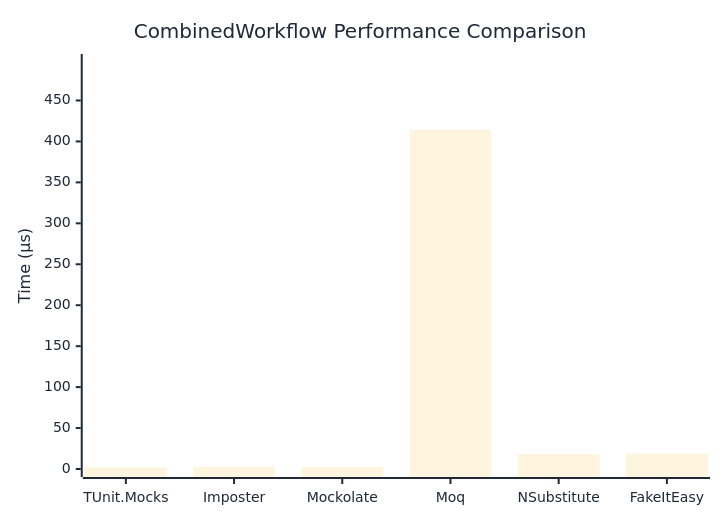
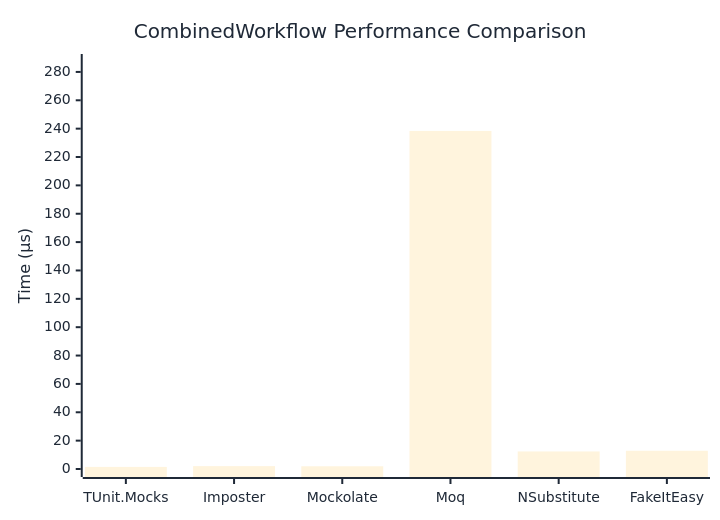
One commit to thomhurst/TUnit changed the diagram in docs/docs/benchmarks/mocks/CombinedWorkflow.md. Above: the diagram before and after it, drawn with Mermaid. The commit also changed other lines of this file and 14 other files, not shown here.

````diff
--- a/docs/docs/benchmarks/mocks/CombinedWorkflow.md
+++ b/docs/docs/benchmarks/mocks/CombinedWorkflow.md
@@ -28,27 +28,27 @@
 ```mermaid
 %%{init: {
   'theme':'base',
   'themeVariables': {
     'primaryColor': '#2563eb',
     'primaryTextColor': '#1f2937',
     'primaryBorderColor': '#1e40af',
     'lineColor': '#6b7280',
     'secondaryColor': '#7c3aed',
     'tertiaryColor': '#dc2626',
     'background': '#ffffff',
     'pie1': '#2563eb',
     'pie2': '#7c3aed',
     'pie3': '#dc2626',
     'pie4': '#f59e0b',
     'pie5': '#10b981',
     'pie6': '#06b6d4',
     'pie7': '#ec4899',
     'pie8': '#6366f1'
   }
 }}%%
 xychart-beta
   title "CombinedWorkflow Performance Comparison"
   x-axis ["TUnit.Mocks", "Imposter", "Mockolate", "Moq", "NSubstitute", "FakeItEasy"]
-  y-axis "Time (μs)" 0 --> 497
-  bar [1.921, 2.694, 2.431, 413.956, 18.216, 18.817]
+  y-axis "Time (μs)" 0 --> 287
+  bar [1.48, 2.015, 1.916, 238.385, 12.387, 12.854]
 ```
````
